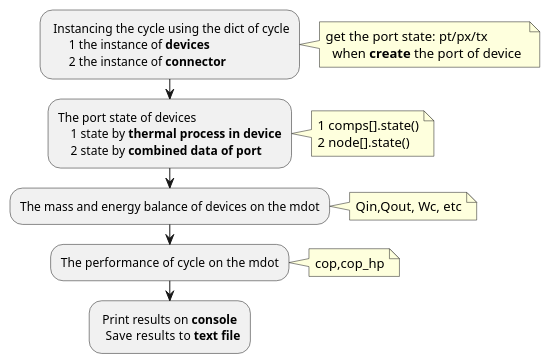
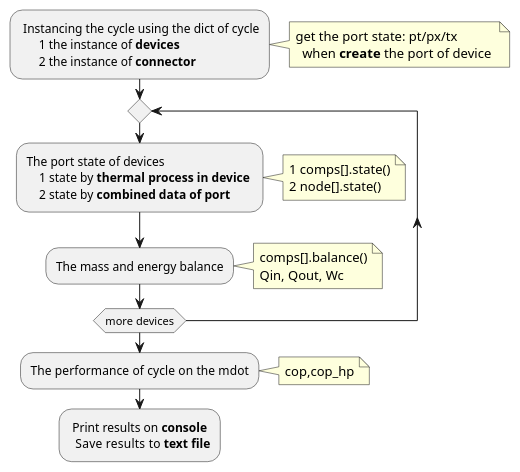
The first of 28 diagrams in doc/PlantUML_Flowchart.md (thermalogic/SimVCCE), drawn with PlantUML before and after one commit. The commit also changed other lines of this file and 27 other files, not shown here.

````diff
--- a/doc/PlantUML_Flowchart.md
+++ b/doc/PlantUML_Flowchart.md
@@ -37,28 +37,29 @@
 ```puml
 : Instancing the cycle using the dict of cycle 
       1 the instance of **devices**    
       2 the instance of **connector**;
 note right
     get the port state: pt/px/tx 
       when **create** the port of device 
 end note
+repeat
 :The port state of devices
-    1 state by **thermal process in device**
+    1 state by **thermal process in device** 
     2 state by **combined data of port**;
 note right
     1 comps[].state()
     2 node[].state()
 end note
-:The mass and energy balance of devices on the mdot;
+:The mass and energy balance;
 note right
-    Qin,Qout, Wc, etc
+    comps[].balance()
+    Qin, Qout, Wc
 end note
-
+repeat while (more devices)
 :The performance of cycle  on the mdot;
 note right
     cop,cop_hp
 end note
-
 : Print results on **console**  
-  Save  results to **text file**; 
+  Save  results to **text file**;
 ```
````
